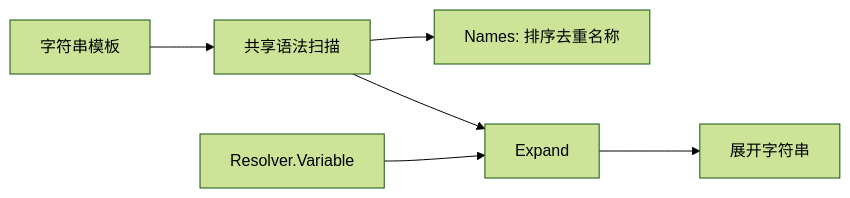
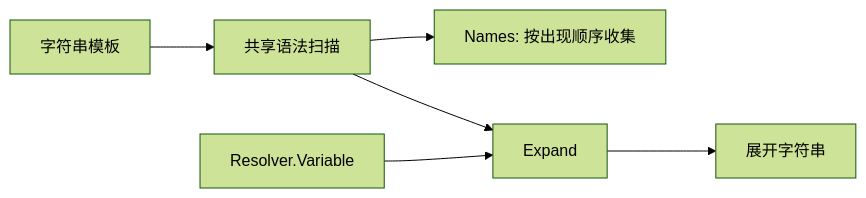
One commit to Capsule7446/healix-core changed the first of 2 diagrams in docs/domains/interpolation.md. Above: the diagram before and after it, drawn with Mermaid (forest theme). The commit also changed other lines of this file and 380 other files, not shown here.

````diff
--- a/docs/domains/interpolation.md
+++ b/docs/domains/interpolation.md
@@ -6,8 +9,8 @@
 ```mermaid
 flowchart LR
   Template[字符串模板] --> Parser[共享语法扫描]
-  Parser --> Names[Names: 排序去重名称]
+  Parser --> Names[Names: 按出现顺序收集]
   Parser --> Expand[Expand]
   Resolver[Resolver.Variable] --> Expand
   Expand --> Result[展开字符串]
 ```
````
